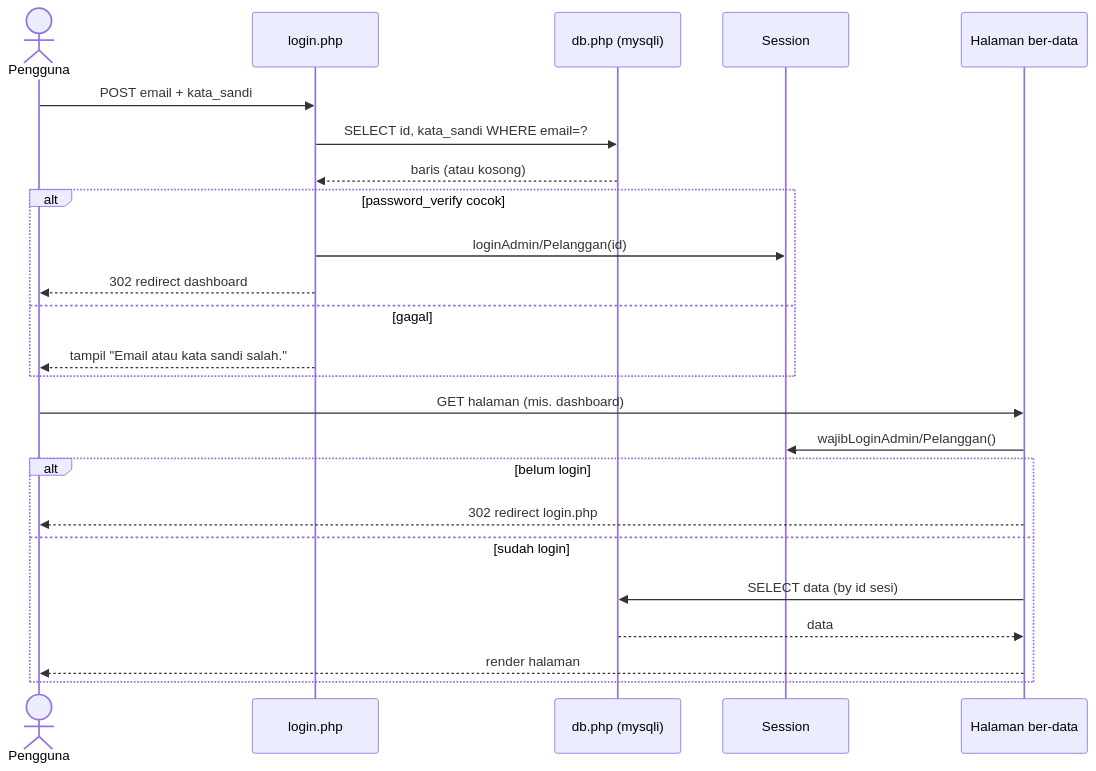
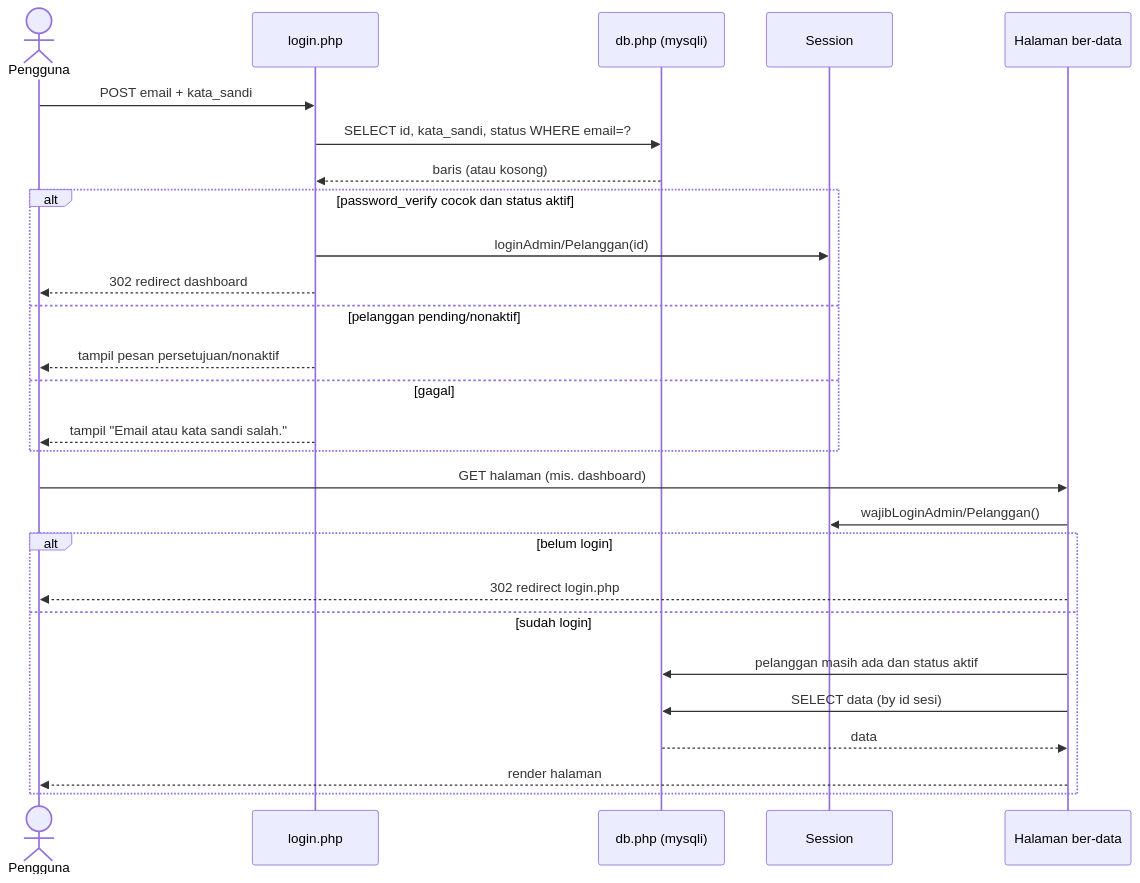
One commit to mramdann/rknet changed the third of 7 diagrams in docs/DOKUMENTASI.md. Above: the diagram before and after it, drawn with Mermaid. The commit also changed other lines of this file and 37 other files, not shown here.

````diff
--- a/docs/DOKUMENTASI.md
+++ b/docs/DOKUMENTASI.md
@@ -218,28 +221,31 @@
 ```mermaid
 sequenceDiagram
     actor U as Pengguna
     participant L as login.php
     participant DB as db.php (mysqli)
     participant S as Session
     participant P as Halaman ber-data
 
     U->>L: POST email + kata_sandi
-    L->>DB: SELECT id, kata_sandi WHERE email=?
+    L->>DB: SELECT id, kata_sandi, status WHERE email=?
     DB-->>L: baris (atau kosong)
-    alt password_verify cocok
+    alt password_verify cocok dan status aktif
         L->>S: loginAdmin/Pelanggan(id)
         L-->>U: 302 redirect dashboard
+    else pelanggan pending/nonaktif
+        L-->>U: tampil pesan persetujuan/nonaktif
     else gagal
         L-->>U: tampil "Email atau kata sandi salah."
     end
 
     U->>P: GET halaman (mis. dashboard)
     P->>S: wajibLoginAdmin/Pelanggan()
     alt belum login
         P-->>U: 302 redirect login.php
     else sudah login
+        P->>DB: pelanggan masih ada dan status aktif
         P->>DB: SELECT data (by id sesi)
         DB-->>P: data
         P-->>U: render halaman
     end
 ```
````
